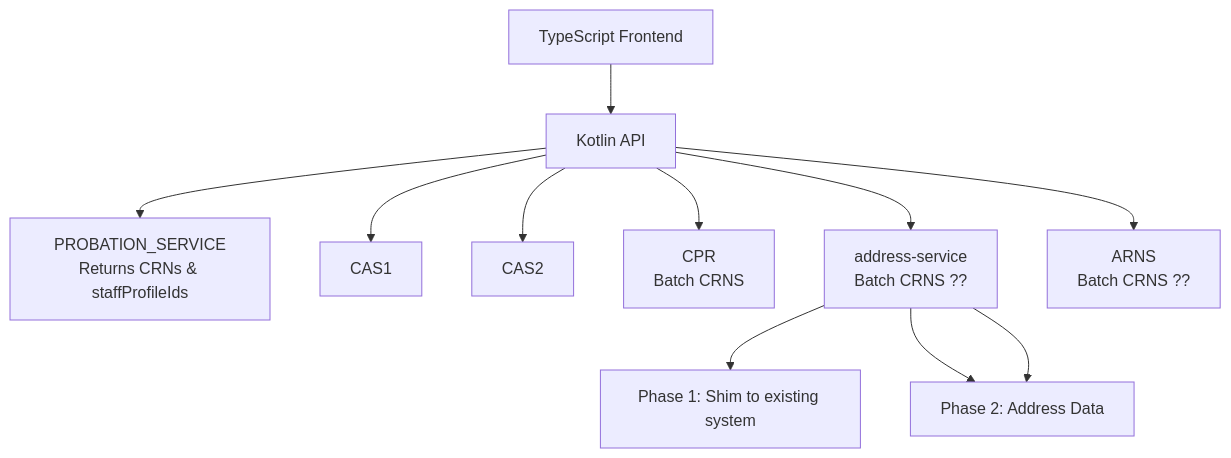
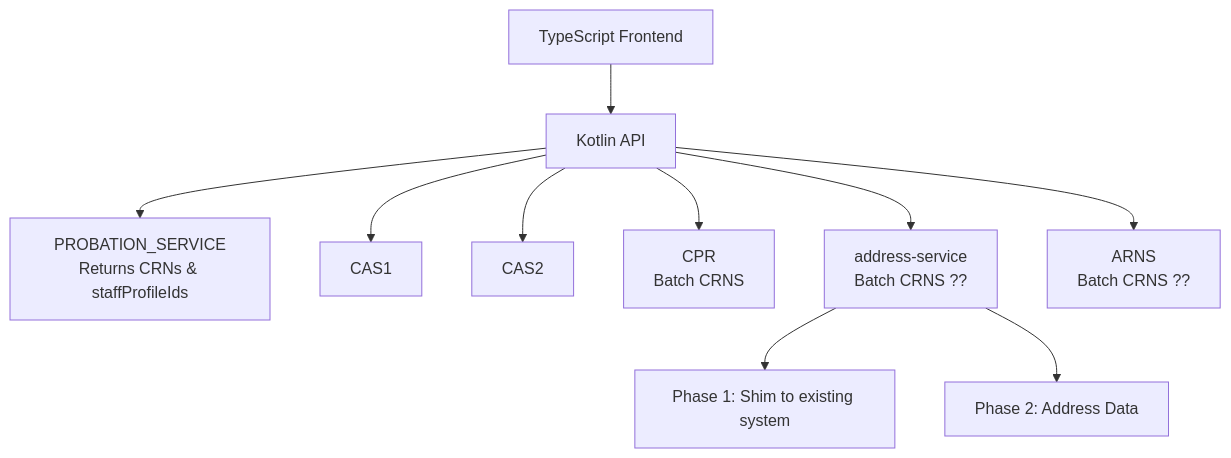
One commit to ministryofjustice/hmpps-ap-notes changed the diagram in meeting/proposed saas look.md. Above: the diagram before and after it, drawn with Mermaid. The commit also changed other lines of this file, not shown here.

````diff
--- a/meeting/proposed saas look.md
+++ b/meeting/proposed saas look.md
@@ -3,16 +3,15 @@
 ```mermaid
 graph TD
     TS[TypeScript Frontend] --> KotlinAPI[Kotlin API]
     
     KotlinAPI --> PROBATION_SERVICE[PROBATION_SERVICE<br/>Returns CRNs & staffProfileIds]
     
     KotlinAPI --> CAS1[CAS1]
     KotlinAPI --> CAS2[CAS2]
     KotlinAPI --> CPR[CPR<br/>Batch CRNS]
     KotlinAPI --> ADDRESS_SERVICE[address-service<br/>Batch CRNS ??]
     KotlinAPI --> ARNS[ARNS<br/>Batch CRNS ??]
     
     ADDRESS_SERVICE --> Phase1[Phase 1: Shim to existing system]
     ADDRESS_SERVICE --> Phase2[Phase 2: Address Data]
-    ADDRESS_SERVICE --> Phase2[Phase 2: Address Data]
 ```
````
